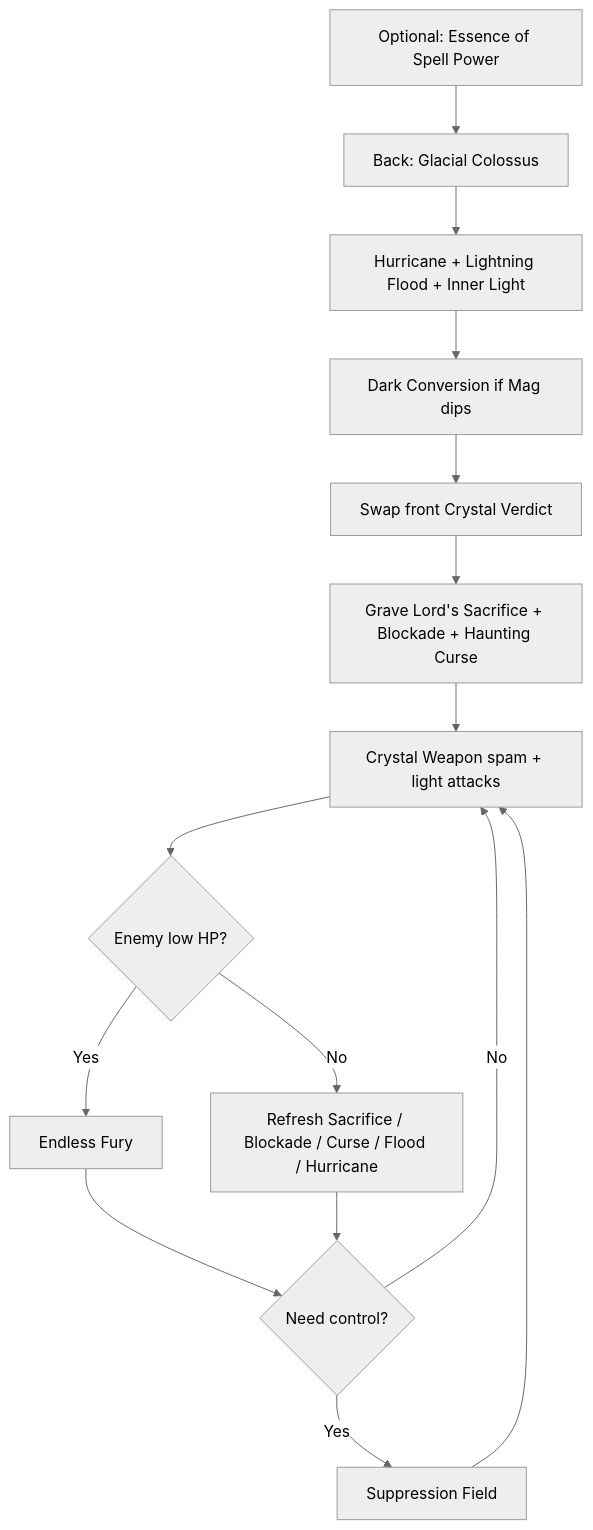
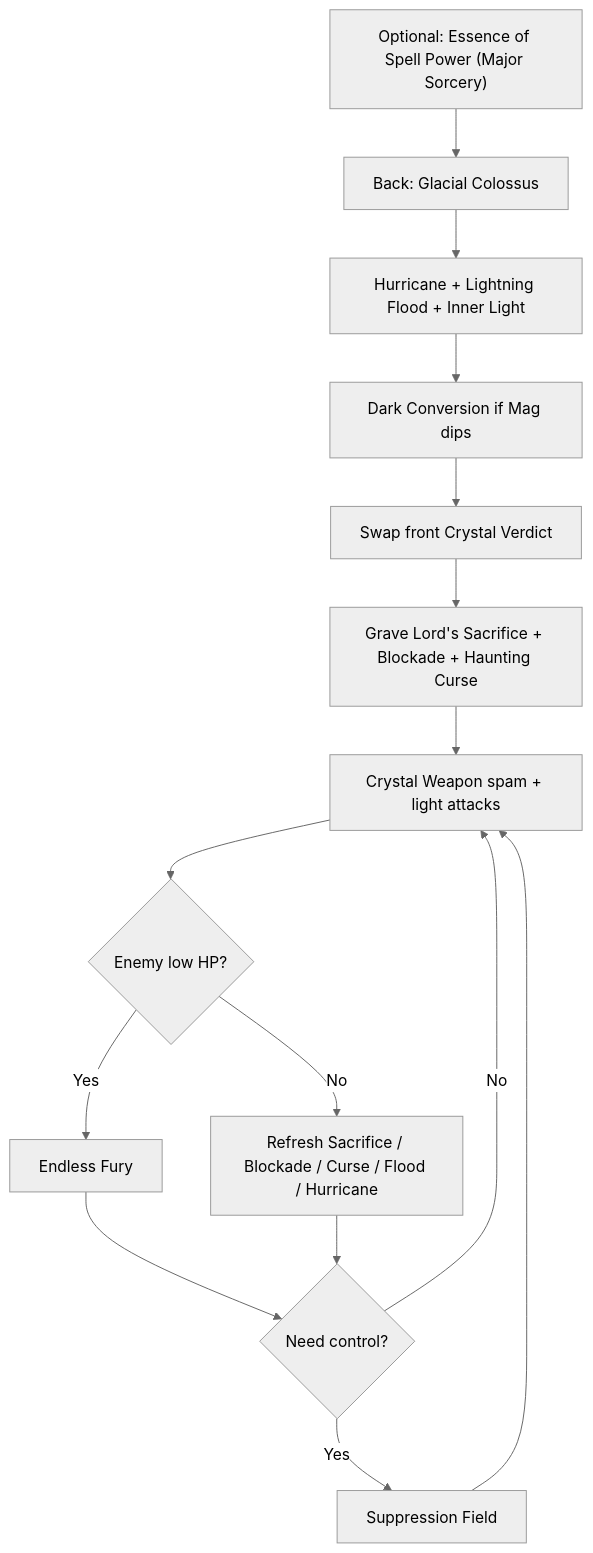
Before and after one commit to solaegis/CharacterMarkdown: the second of 3 diagrams in examples/solaegis/eu/taranis_kotu_plan.md, drawn with Mermaid (neutral theme). The commit also changed other lines of this file and 10 other files, not shown here.

````diff
--- a/examples/solaegis/eu/taranis_kotu_plan.md
+++ b/examples/solaegis/eu/taranis_kotu_plan.md
@@ -158,17 +158,17 @@
 ```mermaid
 flowchart TD
-    potion["Optional: Essence of Spell Power"] --> colo["Back: Glacial Colossus"]
+    potion["Optional: Essence of Spell Power (Major Sorcery)"] --> colo["Back: Glacial Colossus"]
     colo --> back["Hurricane + Lightning Flood + Inner Light"]
     back --> sustain["Dark Conversion if Mag dips"]
     sustain --> swap["Swap front Crystal Verdict"]
     swap --> setup["Grave Lord's Sacrifice + Blockade + Haunting Curse"]
     setup --> spam["Crystal Weapon spam + light attacks"]
     spam --> exec{"Enemy low HP?"}
     exec -->|Yes| fury["Endless Fury"]
     exec -->|No| refresh["Refresh Sacrifice / Blockade / Curse / Flood / Hurricane"]
     fury --> field{"Need control?"}
     refresh --> field
     field -->|Yes| negate["Suppression Field"]
     field -->|No| spam
     negate --> spam
 ```
````
